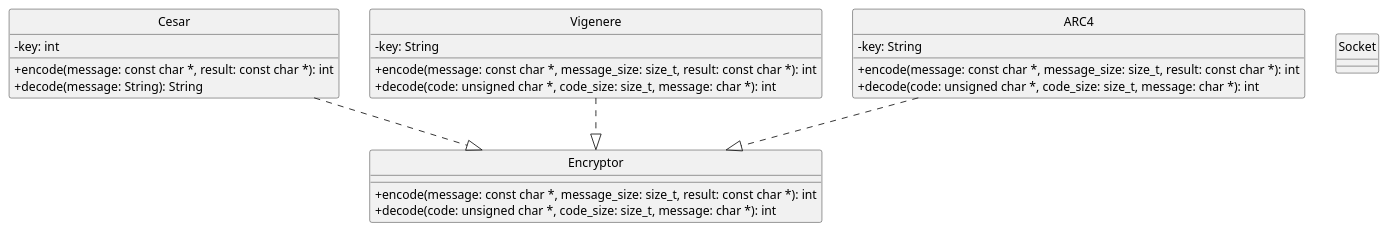
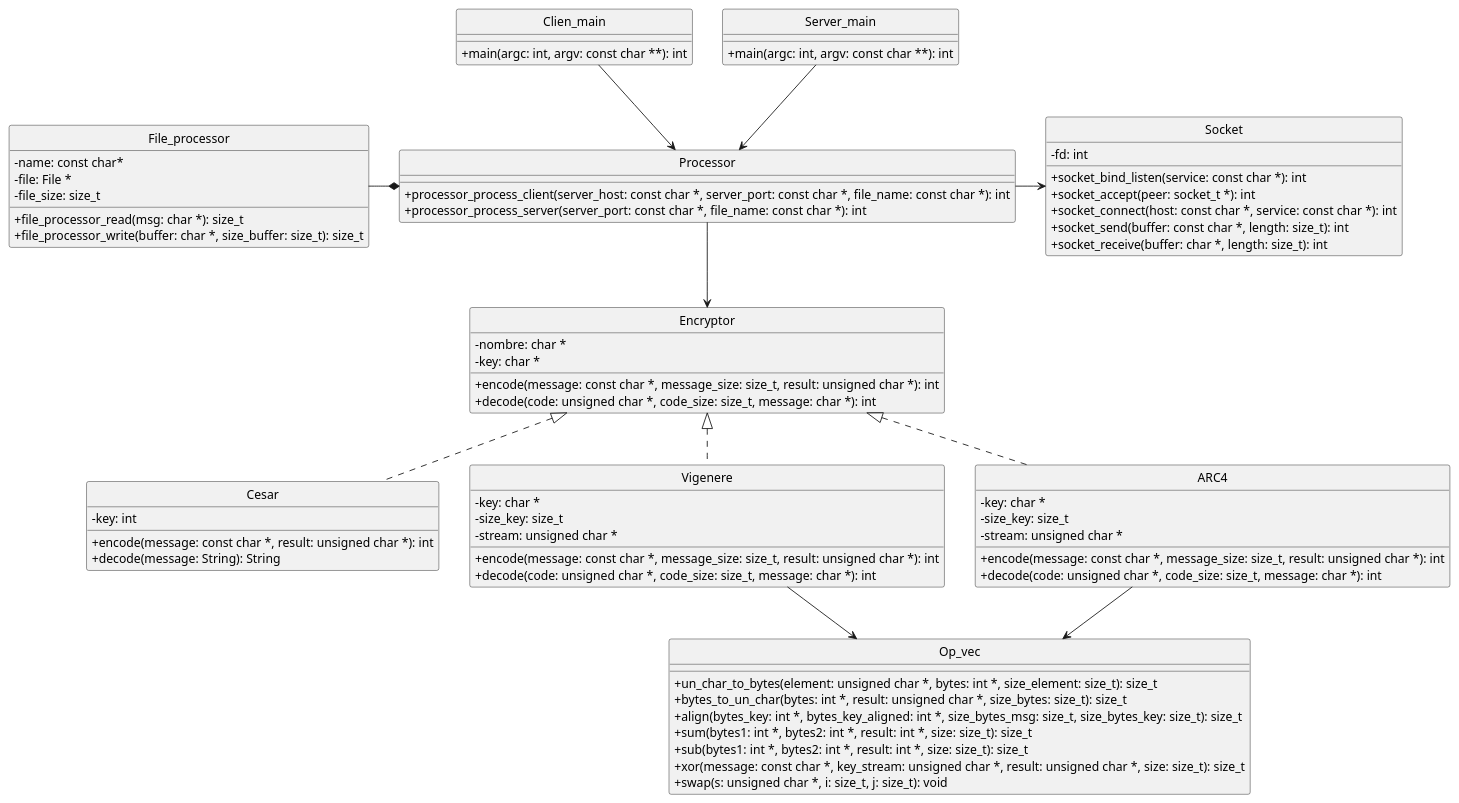
Before and after one commit to Alex1161/tp1: the diagram in modelo.puml, drawn with PlantUML.

Commit message:
Modelo del tp terminado

```diff
--- a/modelo.puml
+++ b/modelo.puml
@@ -1,37 +1,86 @@
 @startuml tp
 hide circles
 skinparam ClassAttributeIconSize 0
 hide interface fields
 
 Class Cesar{
     -key: int
-    +encode(message: const char *, result: const char *): int
+    +encode(message: const char *, result: unsigned char *): int
     +decode(message: String): String
 }
 
 Class Vigenere{
-    -key: String
-    +encode(message: const char *, message_size: size_t, result: const char *): int
+    -key: char *
+    -size_key: size_t
+    -stream: unsigned char *
+    +encode(message: const char *, message_size: size_t, result: unsigned char *): int
     +decode(code: unsigned char *, code_size: size_t, message: char *): int
 }
 
 Class ARC4{
-    -key: String
-    +encode(message: const char *, message_size: size_t, result: const char *): int
+    -key: char *
+    -size_key: size_t
+    -stream: unsigned char *
+    +encode(message: const char *, message_size: size_t, result: unsigned char *): int
     +decode(code: unsigned char *, code_size: size_t, message: char *): int
 }
 
 Class Encryptor{
-    +encode(message: const char *, message_size: size_t, result: const char *): int
+    -nombre: char *
+    -key: char *
+    +encode(message: const char *, message_size: size_t, result: unsigned char *): int
     +decode(code: unsigned char *, code_size: size_t, message: char *): int
 }
 
 Class Socket{
-    
+    -fd: int
+    +socket_bind_listen(service: const char *): int
+    +socket_accept(peer: socket_t *): int
+    +socket_connect(host: const char *, service: const char *): int
+    +socket_send(buffer: const char *, length: size_t): int
+    +socket_receive(buffer: char *, length: size_t): int
 }
 
-Cesar ..|> Encryptor
-Vigenere ..|> Encryptor
-ARC4 ..|> Encryptor
+Class File_processor{
+    -name: const char*
+    -file: File *
+    -file_size: size_t
+    +file_processor_read(msg: char *): size_t
+    +file_processor_write(buffer: char *, size_buffer: size_t): size_t
+}
+
+class Processor{
+    +processor_process_client(server_host: const char *, server_port: const char *, file_name: const char *): int
+    +processor_process_server(server_port: const char *, file_name: const char *): int
+}
+
+Class Op_vec{
+    +un_char_to_bytes(element: unsigned char *, bytes: int *, size_element: size_t): size_t
+    +bytes_to_un_char(bytes: int *, result: unsigned char *, size_bytes: size_t): size_t
+    +align(bytes_key: int *, bytes_key_aligned: int *, size_bytes_msg: size_t, size_bytes_key: size_t): size_t
+    +sum(bytes1: int *, bytes2: int *, result: int *, size: size_t): size_t
+    +sub(bytes1: int *, bytes2: int *, result: int *, size: size_t): size_t
+    +xor(message: const char *, key_stream: unsigned char *, result: unsigned char *, size: size_t): size_t
+    +swap(s: unsigned char *, i: size_t, j: size_t): void
+}
+
+Class Clien_main{
+    +main(argc: int, argv: const char **): int
+}
+
+Class Server_main{
+    +main(argc: int, argv: const char **): int
+}
+
+Cesar .up.|> Encryptor
+Vigenere .up.|> Encryptor
+ARC4 .up.|> Encryptor
+Processor *-left- File_processor
+Processor -right-> Socket
+Processor -down-> Encryptor
+Vigenere -down-> Op_vec
+ARC4 -down-> Op_vec
+Clien_main --> Processor
+Server_main --> Processor
 
 @enduml
```
